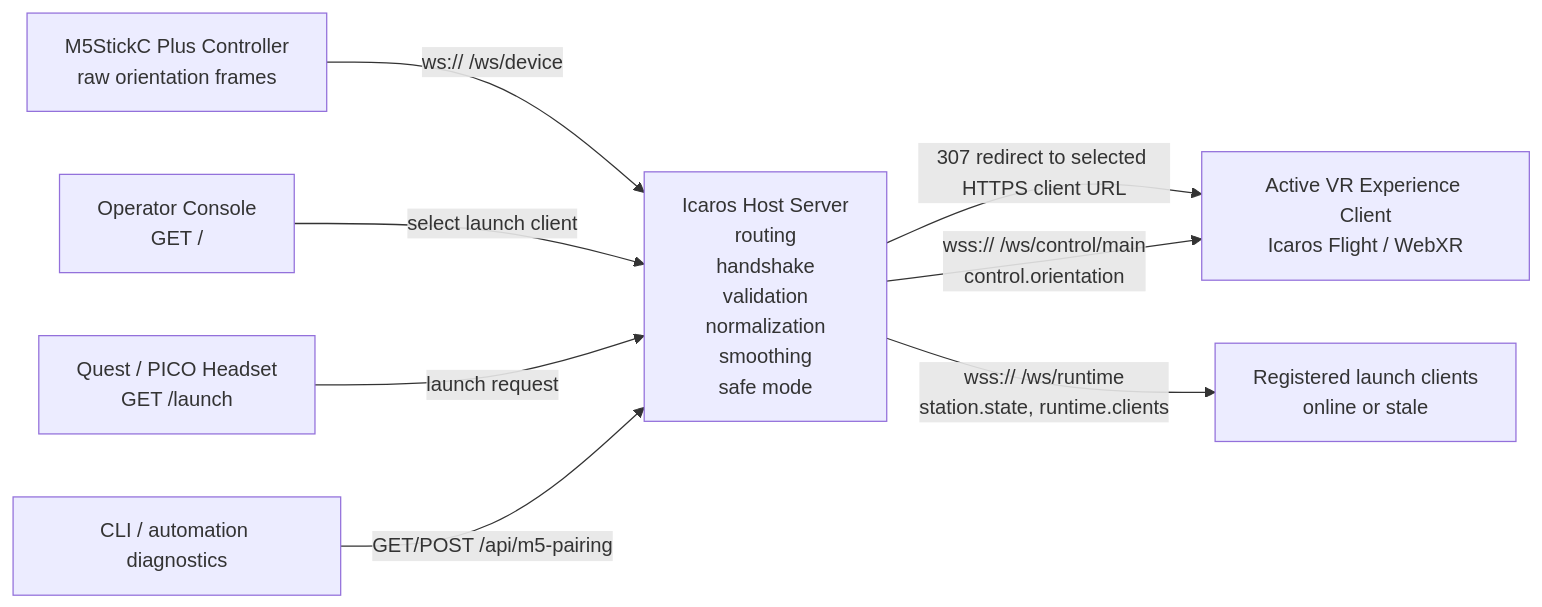
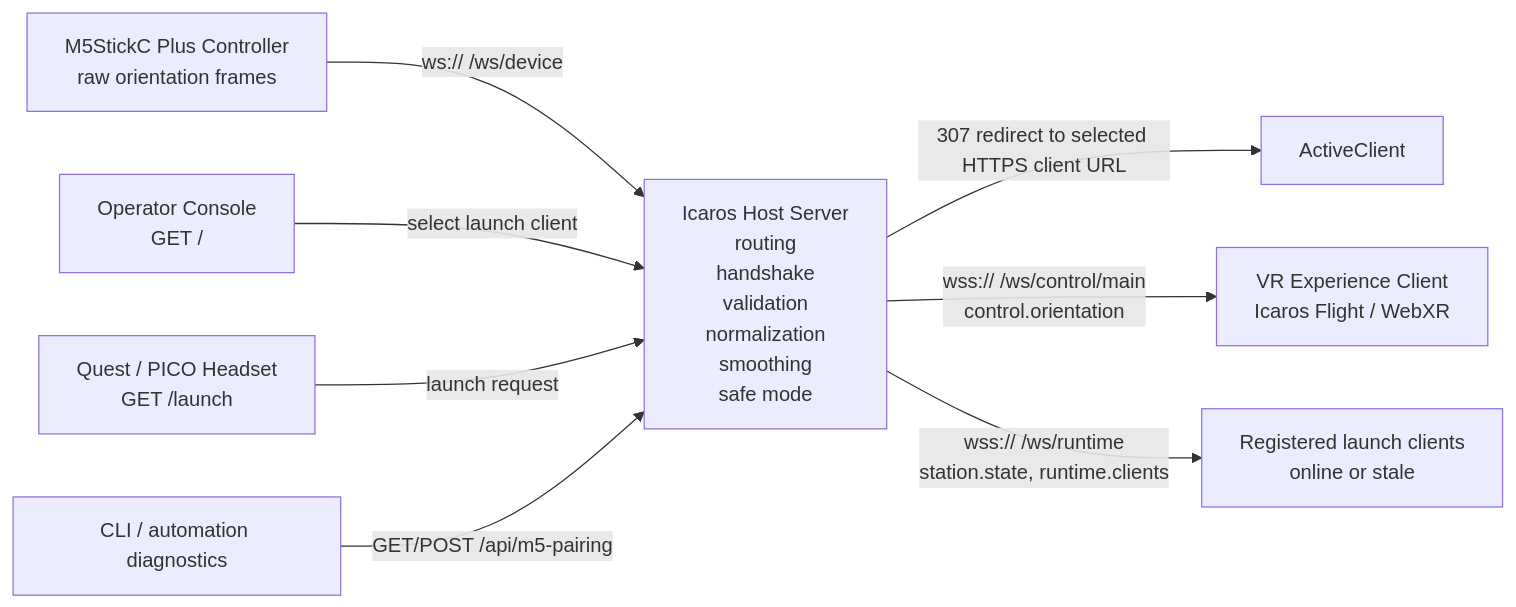
Before and after one commit to dweigend/Icaros_Host: the diagram in README.md, drawn with Mermaid. The commit also changed 2 other files, not shown here.

Commit message:
docs: clarify launch selection terminology

````diff
--- a/README.md
+++ b/README.md
@@ -21,13 +21,13 @@
 ```mermaid
 flowchart LR
     M5["M5StickC Plus Controller<br/>raw orientation frames"] -->|"ws:// /ws/device"| Host
     Operator["Operator Console<br/>GET /"] -->|"select launch client"| Host
     Quest["Quest / PICO Headset<br/>GET /launch"] -->|"launch request"| Host
 
     Host["Icaros Host Server<br/>routing<br/>handshake<br/>validation<br/>normalization<br/>smoothing<br/>safe mode"]
 
     Host -->|"307 redirect to selected HTTPS client URL"| ActiveClient
-    Host -->|"wss:// /ws/control/main<br/>control.orientation"| ActiveClient["Active VR Experience Client<br/>Icaros Flight / WebXR"]
+    Host -->|"wss:// /ws/control/main<br/>control.orientation"| ControlClient["VR Experience Client<br/>Icaros Flight / WebXR"]
     Host -->|"wss:// /ws/runtime<br/>station.state, runtime.clients"| OtherClients["Registered launch clients<br/>online or stale"]
     Diagnostics["CLI / automation diagnostics"] -->|"GET/POST /api/m5-pairing"| Host
 ```
````
